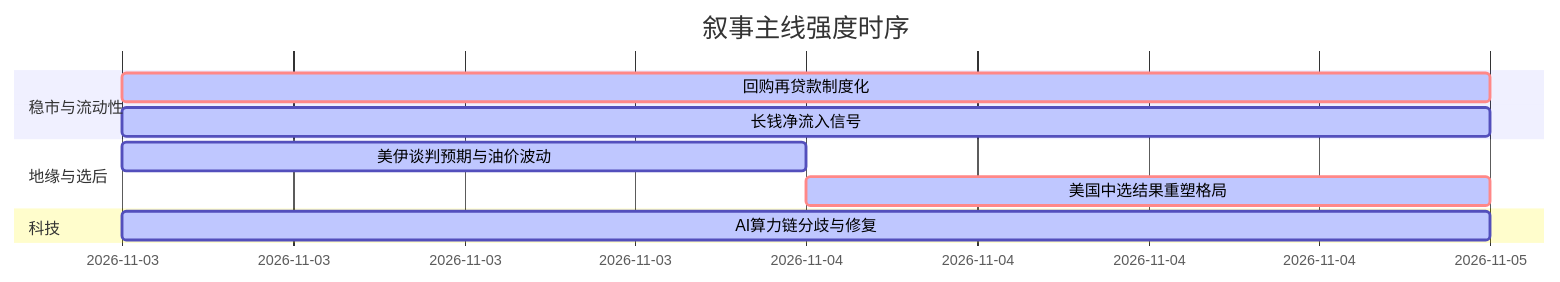
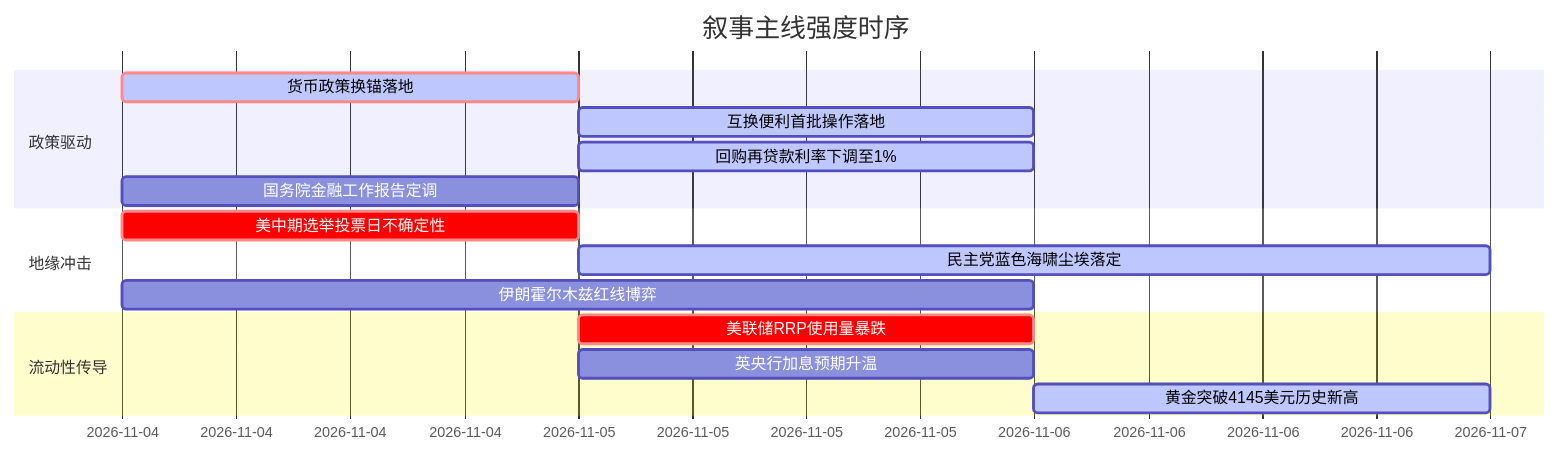
One commit to uu5zn/uu5zn.github.io changed the diagram in 5day_report.md. Above: the diagram before and after it, drawn with Mermaid. The commit also changed other lines of this file and 23 other files, not shown here.

````diff
--- a/5day_report.md
+++ b/5day_report.md
@@ -55,15 +56,20 @@
 ```mermaid
 gantt
     title 叙事主线强度时序
     dateFormat  YYYY-MM-DD
-    section 稳市与流动性
-    回购再贷款制度化  :crit, active, 2026-11-03, 2d
-    长钱净流入信号   :active, 2026-11-03, 2d
+    section 政策驱动
+    货币政策换锚落地          :crit, active, 2026-11-04, 1d
+    互换便利首批操作落地        :active, 2026-11-05, 1d
+    回购再贷款利率下调至1%      :active, 2026-11-05, 1d
+    国务院金融工作报告定调      :2026-11-04, 1d
     
-    section 地缘与选后
-    美伊谈判预期与油价波动  :active, 2026-11-03, 1d
-    美国中选结果重塑格局   :crit, active, 2026-11-04, 1d
+    section 地缘冲击
+    美中期选举投票日不确定性    :crit, 2026-11-04, 1d
+    民主党蓝色海啸尘埃落定      :active, 2026-11-05, 2d
+    伊朗霍尔木兹红线博弈        :2026-11-04, 2d
     
-    section 科技
-    AI算力链分歧与修复   :active, 2026-11-03, 2d
+    section 流动性传导
+    美联储RRP使用量暴跌         :crit, 2026-11-05, 1d
+    英央行加息预期升温          :2026-11-05, 1d
+    黄金突破4145美元历史新高    :active, 2026-11-06, 1d
 ```
````
